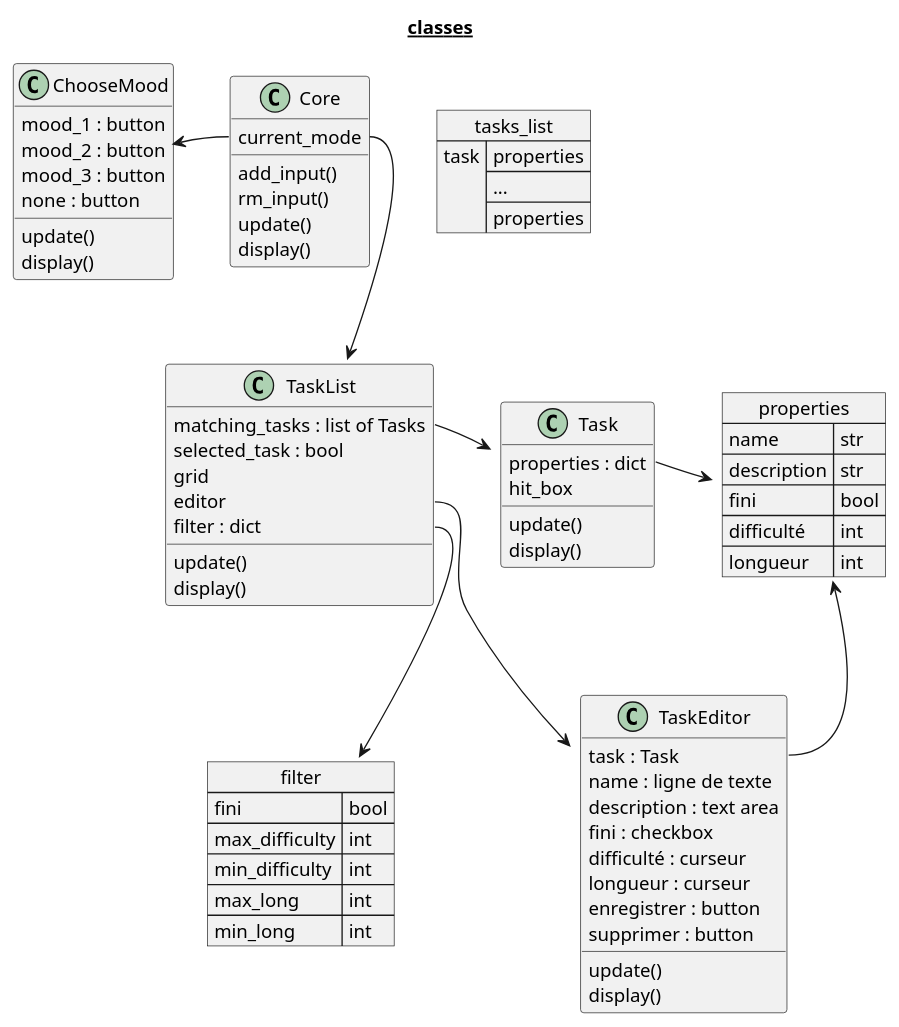
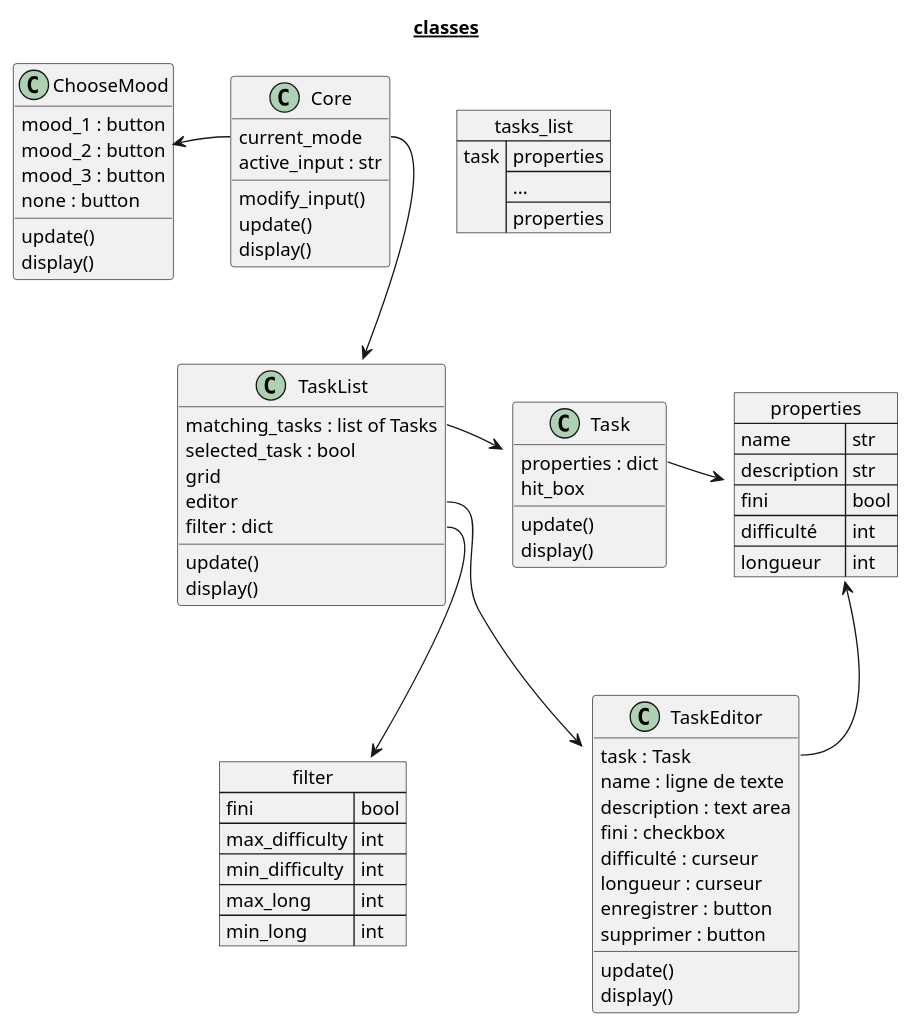
One commit to Lilianbhr/sprite-task changed the diagram in project_structure/classes.puml. Above: the diagram before and after it, drawn with PlantUML. The commit also changed 2 other files, not shown here.

Commit message:
- suppression du Timer du MVP  - modification du diagramme de classes  - MAJ de README.md

```diff
--- a/project_structure/classes.puml
+++ b/project_structure/classes.puml
@@ -1,92 +1,92 @@
 @startuml
 title __classes__
 
 
 ' classes
 
 json tasks_list {
     "task" : [
         "properties",
         "...",
         "properties"
     ]
 }
 
 class Core {
     current_mode
-    add_input()
-    rm_input()
+    active_input : str
+    modify_input()
     update()
     display()
 }
 
 class ChooseMood {
     mood_1 : button
     mood_2 : button
     mood_3 : button
     none : button
     update()
     display()
 }
 
 class TaskList {
     matching_tasks : list of Tasks
     selected_task : bool
     grid
     editor
     filter : dict
     update()
     display()
 }
 
 json filter {
     "fini" : "bool",
     "max_difficulty" : "int",
     "min_difficulty" : "int",
     "max_long" : "int",
     "min_long" : "int"
 }
 
 class Task {
     properties : dict
     hit_box
     update()
     display()
 }
 
 json properties {
     "name" : "str",
     "description" : "str",
     "fini" : "bool",
     "difficulté" : "int",
     "longueur" : "int"
 }
 
 class TaskEditor {
     task : Task
     name : ligne de texte
     description : text area
     fini : checkbox
     difficulté : curseur
     longueur : curseur
     enregistrer : button
     supprimer : button
     update()
     display()
 }
 
 
 ' relations
 
 Core::current_mode -left-> ChooseMood
 Core::current_mode -down-> TaskList
 
 Task::properties -right-> properties
 
 TaskList::filter --> filter
 TaskList::editor -down-> TaskEditor
 TaskList::matching_tasks -right-> Task
 
 TaskEditor::task -up-> properties
 
 @enduml
```
